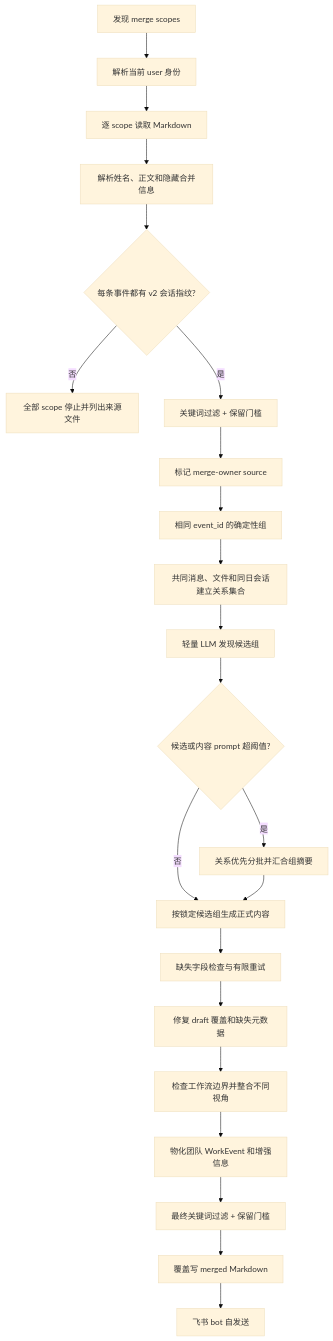
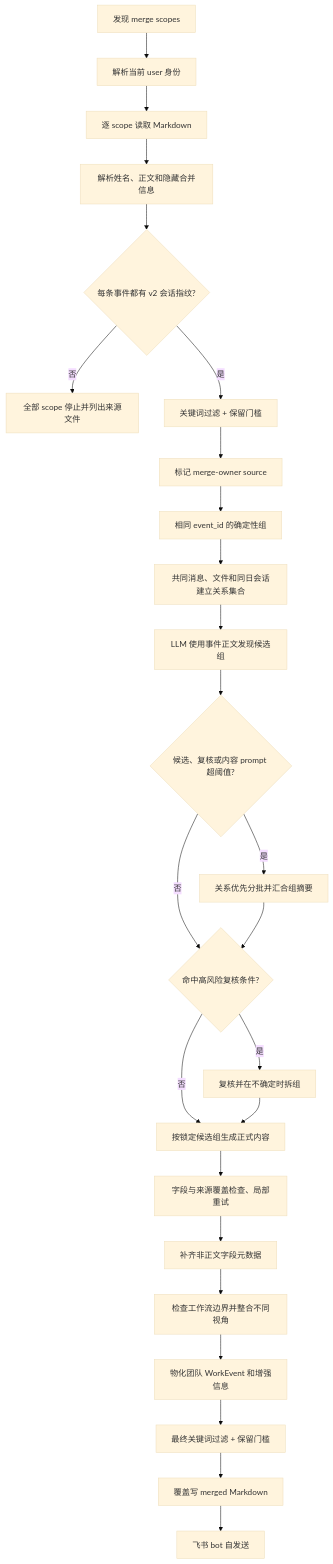
The diagram in docs/collected-people-merge-plan.md (sunweisheng/WorkTrace), drawn with Mermaid (base theme) before and after one commit. The commit also changed other lines of this file and 25 other files, not shown here.

````diff
--- a/docs/collected-people-merge-plan.md
+++ b/docs/collected-people-merge-plan.md
@@ -46,24 +70,27 @@
 ```mermaid
 flowchart TD
     A["发现 merge scopes"] --> B["解析当前 user 身份"]
     B --> C["逐 scope 读取 Markdown"]
     C --> D["解析姓名、正文和隐藏合并信息"]
     D --> E{"每条事件都有 v2 会话指纹?"}
     E -->|"否"| X["全部 scope 停止并列出来源文件"]
     E -->|"是"| F["关键词过滤 + 保留门槛"]
     F --> G["标记 merge-owner source"]
     G --> H["相同 event_id 的确定性组"]
     H --> I["共同消息、文件和同日会话建立关系集合"]
-    I --> J["轻量 LLM 发现候选组"]
-    J --> K{"候选或内容 prompt 超阈值?"}
+    I --> J["LLM 使用事件正文发现候选组"]
+    J --> K{"候选、复核或内容 prompt 超阈值?"}
     K -->|"是"| L["关系优先分批并汇合组摘要"]
-    K -->|"否"| M["按锁定候选组生成正式内容"]
-    L --> M
-    M --> N["缺失字段检查与有限重试"]
-    N --> O["修复 draft 覆盖和缺失元数据"]
+    K -->|"否"| R{"命中高风险复核条件?"}
+    L --> R
+    R -->|"是"| V["复核并在不确定时拆组"]
+    R -->|"否"| M["按锁定候选组生成正式内容"]
+    V --> M
+    M --> N["字段与来源覆盖检查、局部重试"]
+    N --> O["补齐非正文字段元数据"]
     O --> P["检查工作流边界并整合不同视角"]
     P --> Q["物化团队 WorkEvent 和增强信息"]
-    Q --> R["最终关键词过滤 + 保留门槛"]
-    R --> S["覆盖写 merged Markdown"]
+    Q --> Z["最终关键词过滤 + 保留门槛"]
+    Z --> S["覆盖写 merged Markdown"]
     S --> T["飞书 bot 自发送"]
 ```
````
